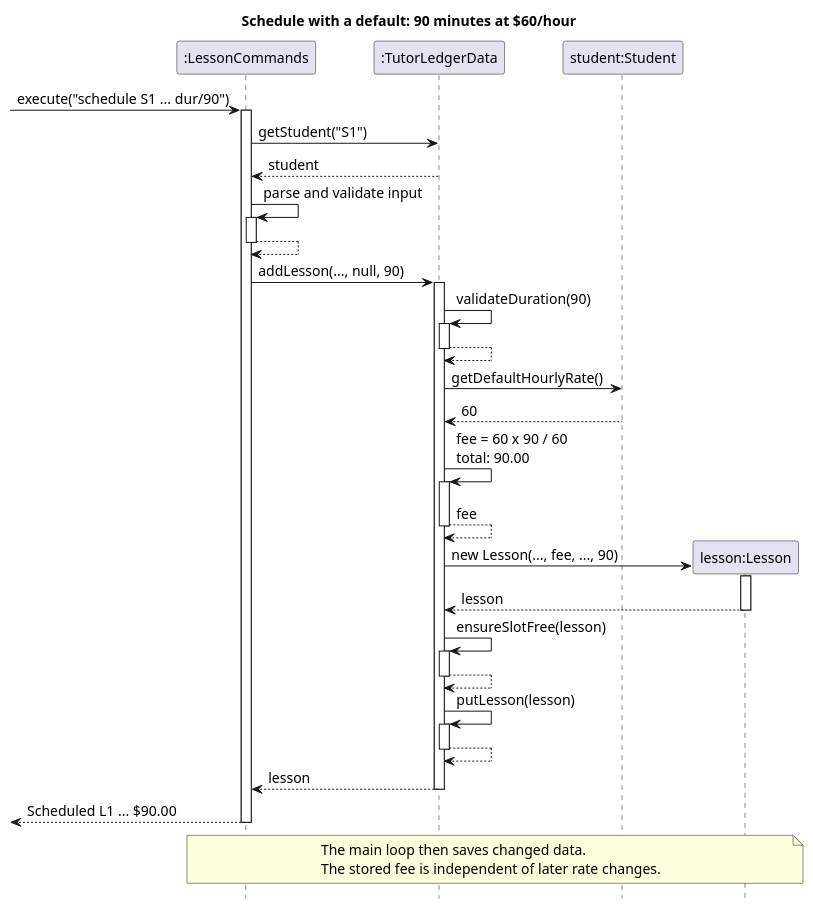
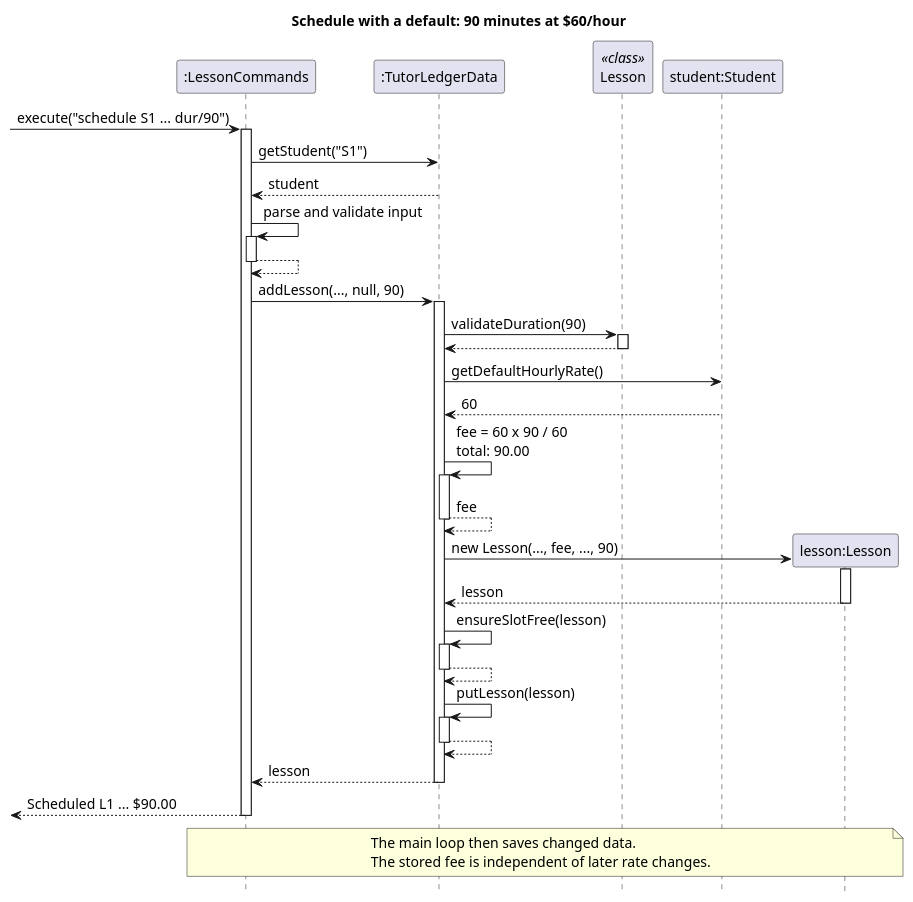
The diagram in docs/diagrams/hourly-rate-schedule-sequence.puml (AY2627S1-CS2113-W12-2/tp), drawn with PlantUML before and after one commit. The commit also changed 7 other files, not shown here.

First line of the commit message:
Make manual test IDs reproducible and correct UML dependencies

```diff
--- a/docs/diagrams/hourly-rate-schedule-sequence.puml
+++ b/docs/diagrams/hourly-rate-schedule-sequence.puml
@@ -1,54 +1,55 @@
 @startuml
 skinparam backgroundColor white
 skinparam defaultFontSize 14
 skinparam shadowing false
 hide footbox
 title Schedule with a default: 90 minutes at $60/hour
 
 participant ":LessonCommands" as Commands
 participant ":TutorLedgerData" as Data
+participant "Lesson" as LessonClass <<class>>
 participant "student:Student" as Student
 participant "lesson:Lesson" as Lesson
 
 [-> Commands : execute("schedule S1 ... dur/90")
 activate Commands
 Commands -> Data : getStudent("S1")
 Data --> Commands : student
 Commands -> Commands : parse and validate input
 activate Commands
 Commands --> Commands
 deactivate Commands
 Commands -> Data : addLesson(..., null, 90)
 activate Data
-Data -> Data : validateDuration(90)
-activate Data
-Data --> Data
-deactivate Data
+Data -> LessonClass : validateDuration(90)
+activate LessonClass
+LessonClass --> Data
+deactivate LessonClass
 Data -> Student : getDefaultHourlyRate()
 Student --> Data : 60
 Data -> Data : fee = 60 x 90 / 60\ntotal: 90.00
 activate Data
 Data --> Data : fee
 deactivate Data
 create Lesson
 Data -> Lesson : new Lesson(..., fee, ..., 90)
 activate Lesson
 Lesson --> Data : lesson
 deactivate Lesson
 Data -> Data : ensureSlotFree(lesson)
 activate Data
 Data --> Data
 deactivate Data
 Data -> Data : putLesson(lesson)
 activate Data
 Data --> Data
 deactivate Data
 Data --> Commands : lesson
 deactivate Data
 Commands -->[ : Scheduled L1 ... $90.00
 deactivate Commands
 note over Commands, Lesson
   The main loop then saves changed data.
   The stored fee is independent of later rate changes.
 end note
 @enduml
```
